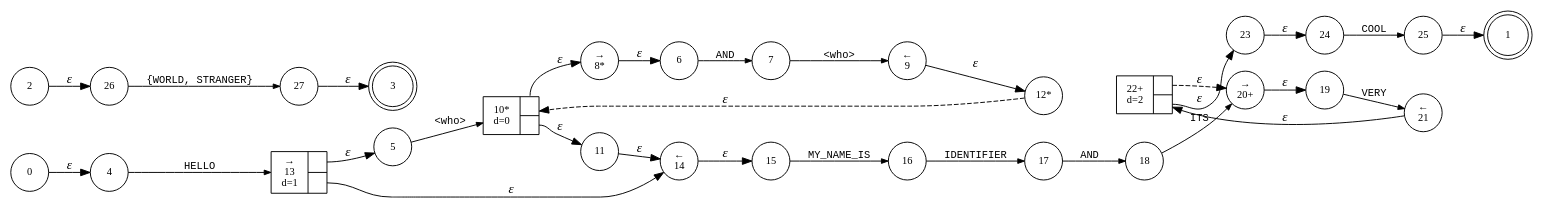
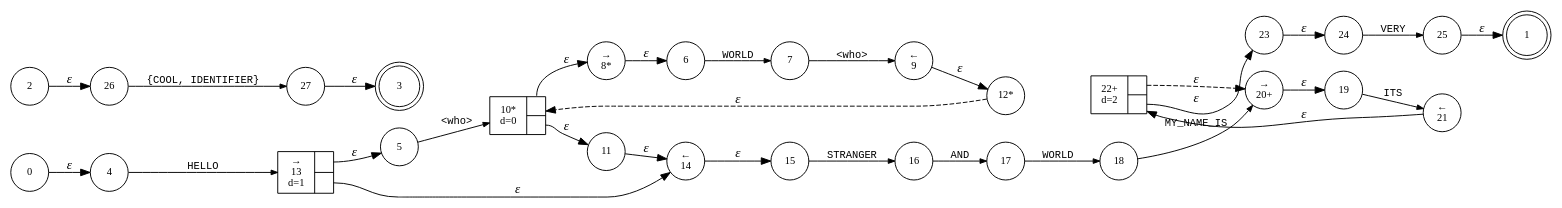
Before and after one commit to Lizurt/Suggester: the diagram in theparser.dot, drawn with Graphviz. The commit also changed 2 other files, not shown here.

```diff
--- a/theparser.dot
+++ b/theparser.dot
@@ -1,61 +1,61 @@
 digraph ATN {
 rankdir=LR;
 s1[fontsize=11, label="1", shape=doublecircle, fixedsize=true, width=.6];
 s0[fontsize=11,label="0", shape=circle, fixedsize=true, width=.55, peripheries=1];
 s4[fontsize=11,label="4", shape=circle, fixedsize=true, width=.55, peripheries=1];
 s5[fontsize=11,label="5", shape=circle, fixedsize=true, width=.55, peripheries=1];
 s6[fontsize=11,label="6", shape=circle, fixedsize=true, width=.55, peripheries=1];
 s7[fontsize=11,label="7", shape=circle, fixedsize=true, width=.55, peripheries=1];
 s8[fontsize=11,label="&rarr;\n8*", shape=circle, fixedsize=true, width=.55, peripheries=1];
 s9[fontsize=11,label="&larr;\n9", shape=circle, fixedsize=true, width=.55, peripheries=1];
 s10[fontsize=11,label="{10*\nd=0|{<p0>|<p1>}}", shape=record, fixedsize=false, peripheries=1];
 s11[fontsize=11,label="11", shape=circle, fixedsize=true, width=.55, peripheries=1];
 s12[fontsize=11,label="12*", shape=circle, fixedsize=true, width=.55, peripheries=1];
 s13[fontsize=11,label="{&rarr;\n13\nd=1|{<p0>|<p1>}}", shape=record, fixedsize=false, peripheries=1];
 s14[fontsize=11,label="&larr;\n14", shape=circle, fixedsize=true, width=.55, peripheries=1];
 s15[fontsize=11,label="15", shape=circle, fixedsize=true, width=.55, peripheries=1];
 s16[fontsize=11,label="16", shape=circle, fixedsize=true, width=.55, peripheries=1];
 s17[fontsize=11,label="17", shape=circle, fixedsize=true, width=.55, peripheries=1];
 s18[fontsize=11,label="18", shape=circle, fixedsize=true, width=.55, peripheries=1];
 s19[fontsize=11,label="19", shape=circle, fixedsize=true, width=.55, peripheries=1];
 s20[fontsize=11,label="&rarr;\n20+", shape=circle, fixedsize=true, width=.55, peripheries=1];
 s21[fontsize=11,label="&larr;\n21", shape=circle, fixedsize=true, width=.55, peripheries=1];
 s22[fontsize=11,label="{22+\nd=2|{<p0>|<p1>}}", shape=record, fixedsize=false, peripheries=1];
 s23[fontsize=11,label="23", shape=circle, fixedsize=true, width=.55, peripheries=1];
 s24[fontsize=11,label="24", shape=circle, fixedsize=true, width=.55, peripheries=1];
 s25[fontsize=11,label="25", shape=circle, fixedsize=true, width=.55, peripheries=1];
 s0 -> s4 [fontname="Times-Italic", label="&epsilon;"];
 s4 -> s13 [fontsize=11, fontname="Courier", arrowsize=.7, label = "HELLO", arrowhead = normal];
 s13:p0 -> s5 [fontname="Times-Italic", label="&epsilon;"];
 s13:p1 -> s14 [fontname="Times-Italic", label="&epsilon;"];
 s5 -> s10 [fontsize=11, fontname="Courier", arrowsize=.7, label = "<who>", arrowhead = normal];
 s14 -> s15 [fontname="Times-Italic", label="&epsilon;"];
 s10:p0 -> s8 [fontname="Times-Italic", label="&epsilon;"];
 s10:p1 -> s11 [fontname="Times-Italic", label="&epsilon;"];
-s15 -> s16 [fontsize=11, fontname="Courier", arrowsize=.7, label = "MY_NAME_IS", arrowhead = normal];
+s15 -> s16 [fontsize=11, fontname="Courier", arrowsize=.7, label = "STRANGER", arrowhead = normal];
 s8 -> s6 [fontname="Times-Italic", label="&epsilon;"];
 s11 -> s14 [fontname="Times-Italic", label="&epsilon;"];
-s16 -> s17 [fontsize=11, fontname="Courier", arrowsize=.7, label = "IDENTIFIER", arrowhead = normal];
-s6 -> s7 [fontsize=11, fontname="Courier", arrowsize=.7, label = "AND", arrowhead = normal];
-s17 -> s18 [fontsize=11, fontname="Courier", arrowsize=.7, label = "AND", arrowhead = normal];
+s16 -> s17 [fontsize=11, fontname="Courier", arrowsize=.7, label = "AND", arrowhead = normal];
+s6 -> s7 [fontsize=11, fontname="Courier", arrowsize=.7, label = "WORLD", arrowhead = normal];
+s17 -> s18 [fontsize=11, fontname="Courier", arrowsize=.7, label = "WORLD", arrowhead = normal];
 s7 -> s9 [fontsize=11, fontname="Courier", arrowsize=.7, label = "<who>", arrowhead = normal];
-s18 -> s20 [fontsize=11, fontname="Courier", arrowsize=.7, label = "ITS", arrowhead = normal];
+s18 -> s20 [fontsize=11, fontname="Courier", arrowsize=.7, label = "MY_NAME_IS", arrowhead = normal];
 s9 -> s12 [fontname="Times-Italic", label="&epsilon;"];
 s20 -> s19 [fontname="Times-Italic", label="&epsilon;"];
 s12 -> s10 [fontname="Times-Italic", label="&epsilon;", style="dashed"];
-s19 -> s21 [fontsize=11, fontname="Courier", arrowsize=.7, label = "VERY", arrowhead = normal];
+s19 -> s21 [fontsize=11, fontname="Courier", arrowsize=.7, label = "ITS", arrowhead = normal];
 s21 -> s22 [fontname="Times-Italic", label="&epsilon;"];
 s22:p0 -> s20 [fontname="Times-Italic", label="&epsilon;", style="dashed"];
 s22:p1 -> s23 [fontname="Times-Italic", label="&epsilon;"];
 s23 -> s24 [fontname="Times-Italic", label="&epsilon;"];
-s24 -> s25 [fontsize=11, fontname="Courier", arrowsize=.7, label = "COOL", arrowhead = normal];
+s24 -> s25 [fontsize=11, fontname="Courier", arrowsize=.7, label = "VERY", arrowhead = normal];
 s25 -> s1 [fontname="Times-Italic", label="&epsilon;"];
 
 s3[fontsize=11, label="3", shape=doublecircle, fixedsize=true, width=.6];
 s2[fontsize=11,label="2", shape=circle, fixedsize=true, width=.55, peripheries=1];
 s26[fontsize=11,label="26", shape=circle, fixedsize=true, width=.55, peripheries=1];
 s27[fontsize=11,label="27", shape=circle, fixedsize=true, width=.55, peripheries=1];
 s2 -> s26 [fontname="Times-Italic", label="&epsilon;"];
-s26 -> s27 [fontsize=11, fontname="Courier", arrowsize=.7, label = "{WORLD, STRANGER}", arrowhead = normal];
+s26 -> s27 [fontsize=11, fontname="Courier", arrowsize=.7, label = "{COOL, IDENTIFIER}", arrowhead = normal];
 s27 -> s3 [fontname="Times-Italic", label="&epsilon;"];
 }
```
